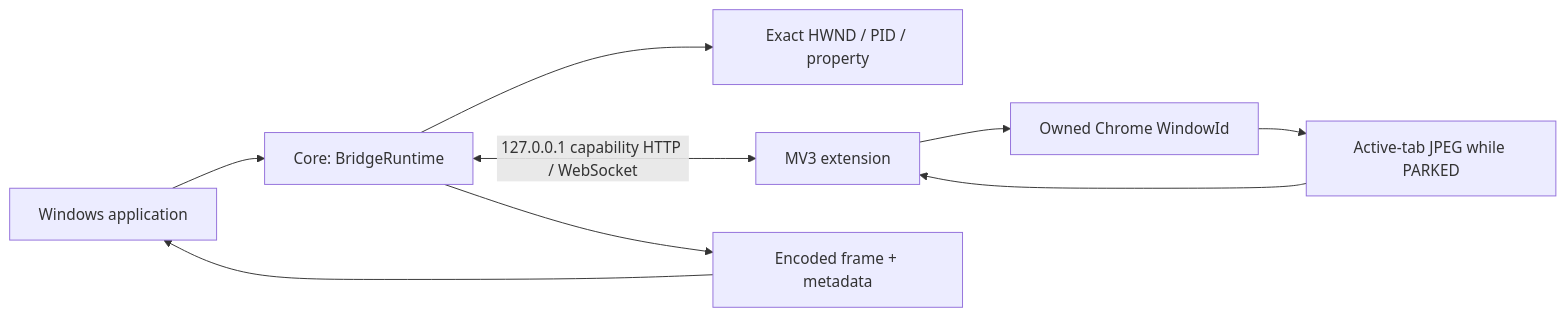
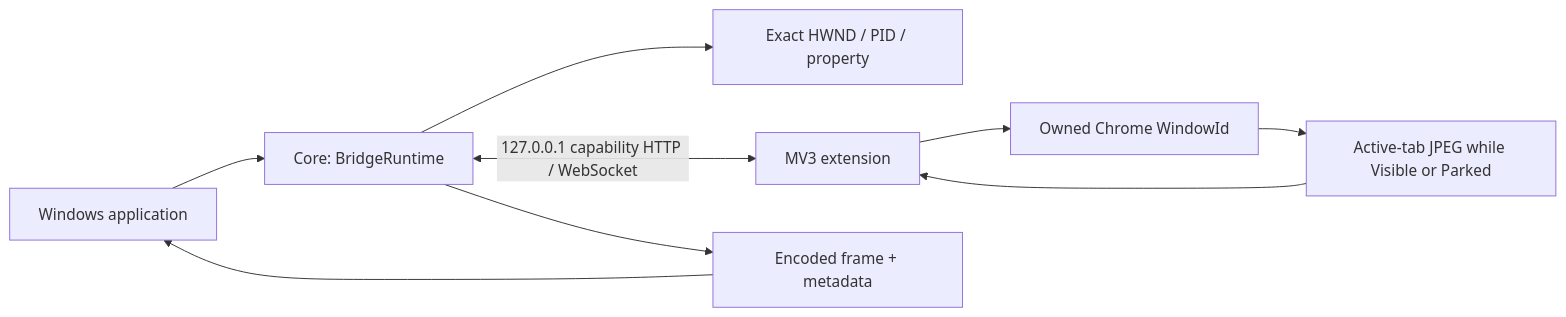
One commit to Yasuhiko-m/LazyChromeWindowBridge changed the first of 2 diagrams in docs/architecture.md. Above: the diagram before and after it, drawn with Mermaid. The commit also changed other lines of this file and 38 other files, not shown here.

````diff
--- a/docs/architecture.md
+++ b/docs/architecture.md
@@ -7,11 +7,11 @@
 ```mermaid
 flowchart LR
     App["Windows application"] --> API["Core: BridgeRuntime"]
     API --> Native["Exact HWND / PID / property"]
     API <-->|"127.0.0.1 capability HTTP / WebSocket"| Ext["MV3 extension"]
     Ext --> Window["Owned Chrome WindowId"]
-    Window --> Pixels["Active-tab JPEG while PARKED"]
+    Window --> Pixels["Active-tab JPEG while Visible or Parked"]
     Pixels --> Ext
     API --> Frame["Encoded frame + metadata"]
     Frame --> App
 ```
````
